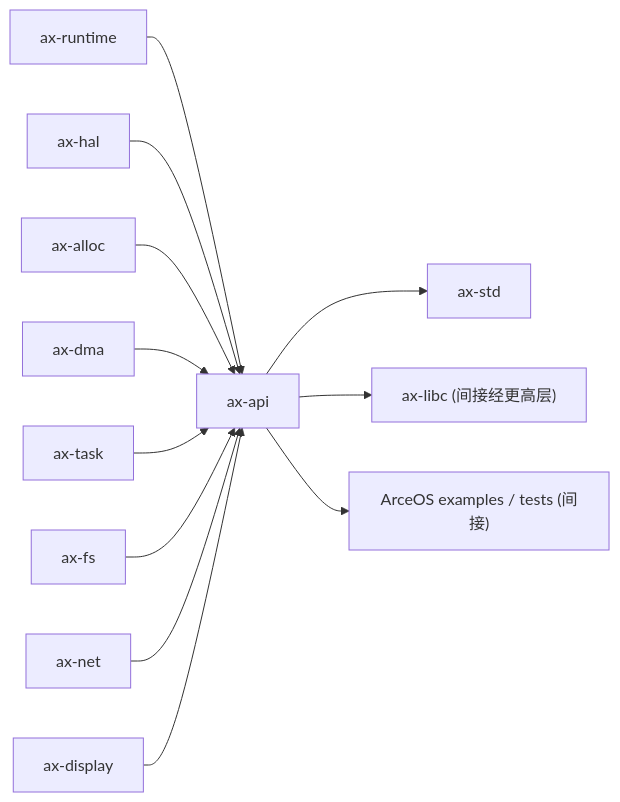
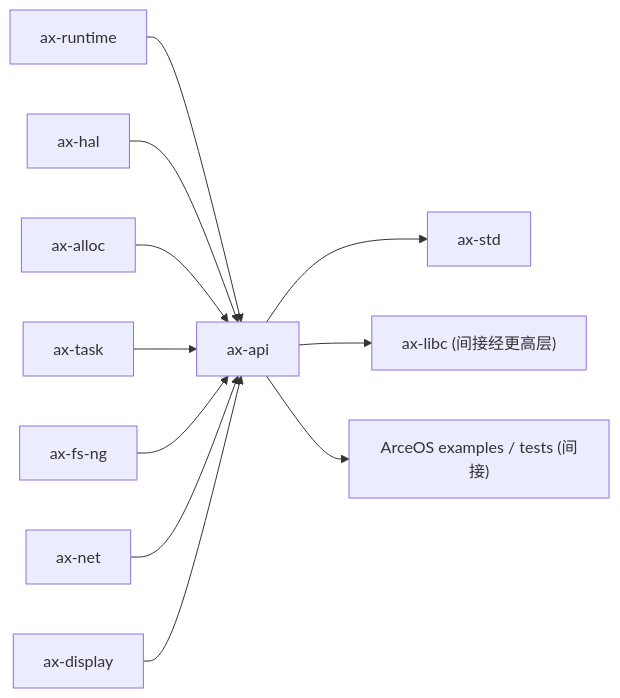
The diagram in docs/docs/components/crates/arceos-api.md (rcore-os/tgoskits), drawn with Mermaid before and after one commit. The commit also changed other lines of this file and 386 other files, not shown here.

````diff
--- a/docs/docs/components/crates/arceos-api.md
+++ b/docs/docs/components/crates/arceos-api.md
@@ -110,15 +108,14 @@
 ```mermaid
 graph LR
     ax-runtime["ax-runtime"] --> ax-api["ax-api"]
     ax-hal["ax-hal"] --> ax-api
     ax-alloc["ax-alloc"] --> ax-api
-    ax_dma["ax-dma"] --> ax-api
     ax-task["ax-task"] --> ax-api
-    ax-fs["ax-fs"] --> ax-api
+    ax-fs-ng["ax-fs-ng"] --> ax-api
     ax-net["ax-net"] --> ax-api
     ax-display["ax-display"] --> ax-api
 
     ax-api --> ax-std["ax-std"]
     ax-api --> ax-libc["ax-libc (间接经更高层)"]
     ax-api --> arceos_examples["ArceOS examples / tests (间接)"]
 ```
````
